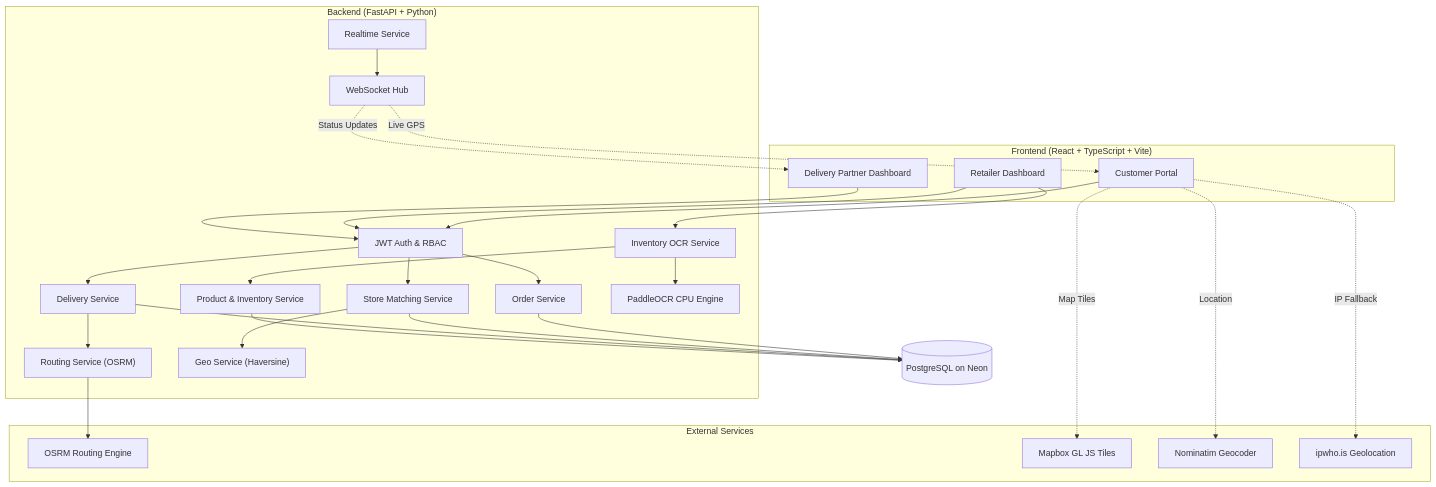
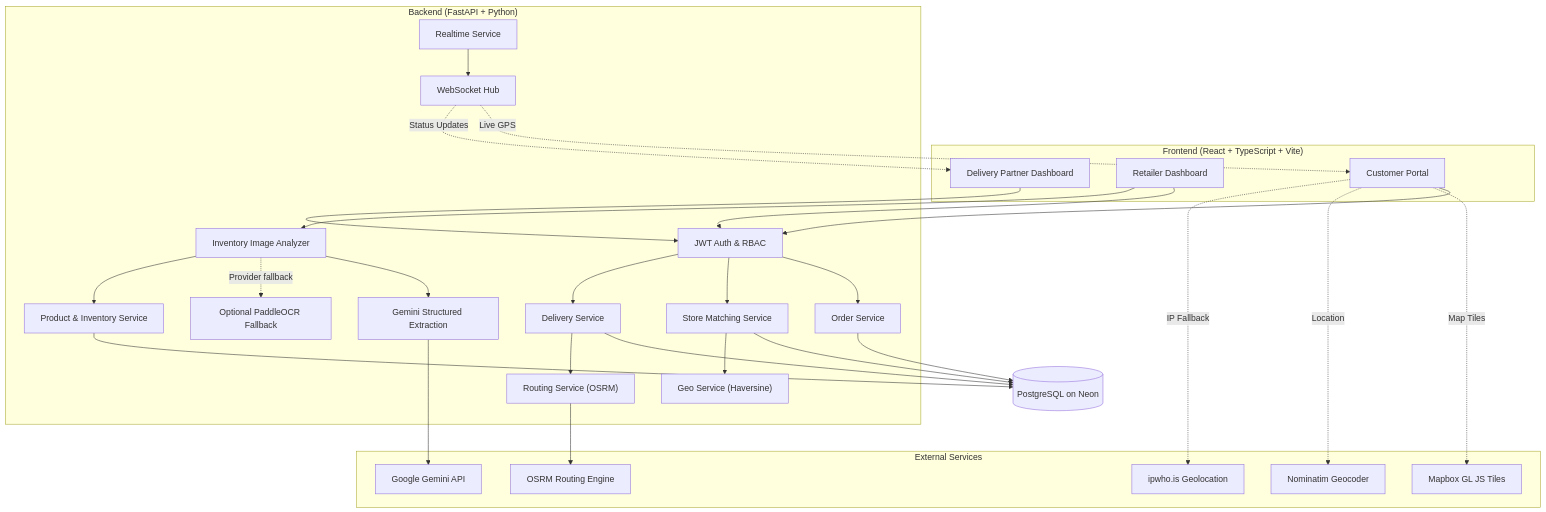
Before and after one commit to kapil31jangid/Dukaan2Door: the first of 2 diagrams in README.md, drawn with Mermaid. The commit also changed other lines of this file and 94 other files, not shown here.

````diff
--- a/README.md
+++ b/README.md
@@ -122,54 +122,58 @@
 ```mermaid
 flowchart TB
     subgraph Frontend["Frontend (React + TypeScript + Vite)"]
         Customer["Customer Portal"]
         Retailer["Retailer Dashboard"]
         Partner["Delivery Partner Dashboard"]
     end
 
     subgraph Backend["Backend (FastAPI + Python)"]
         Auth["JWT Auth & RBAC"]
         OrderSvc["Order Service"]
         MatchSvc["Store Matching Service"]
         DeliverySvc["Delivery Service"]
         RouteSvc["Routing Service (OSRM)"]
         GeoSvc["Geo Service (Haversine)"]
         ProductSvc["Product & Inventory Service"]
-        OCRSvc["Inventory OCR Service"]
-        Paddle["PaddleOCR CPU Engine"]
+        OCRSvc["Inventory Image Analyzer"]
+        Gemini["Gemini Structured Extraction"]
+        Paddle["Optional PaddleOCR Fallback"]
         RealtimeSvc["Realtime Service"]
         WS["WebSocket Hub"]
     end
 
     subgraph External["External Services"]
         OSRM["OSRM Routing Engine"]
+        GeminiAPI["Google Gemini API"]
         Mapbox["Mapbox GL JS Tiles"]
         Nominatim["Nominatim Geocoder"]
         IPGeo["ipwho.is Geolocation"]
     end
 
     DB[("PostgreSQL on Neon")]
 
     Customer --> Auth
     Retailer --> Auth
     Partner --> Auth
     Auth --> OrderSvc
     Auth --> MatchSvc
     Auth --> DeliverySvc
     OrderSvc --> DB
     MatchSvc --> DB
     MatchSvc --> GeoSvc
     DeliverySvc --> DB
     DeliverySvc --> RouteSvc
     RouteSvc --> OSRM
     ProductSvc --> DB
     Retailer --> OCRSvc
-    OCRSvc --> Paddle
+    OCRSvc --> Gemini
+    Gemini --> GeminiAPI
+    OCRSvc -.->|"Provider fallback"| Paddle
     OCRSvc --> ProductSvc
     RealtimeSvc --> WS
     WS -.->|"Live GPS"| Customer
     WS -.->|"Status Updates"| Partner
     Customer -.->|"Map Tiles"| Mapbox
     Customer -.->|"Location"| Nominatim
     Customer -.->|"IP Fallback"| IPGeo
 ```
````
